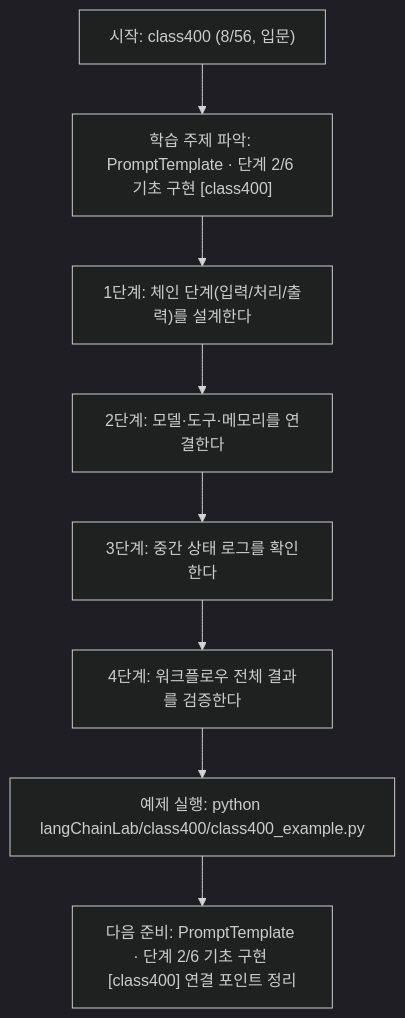
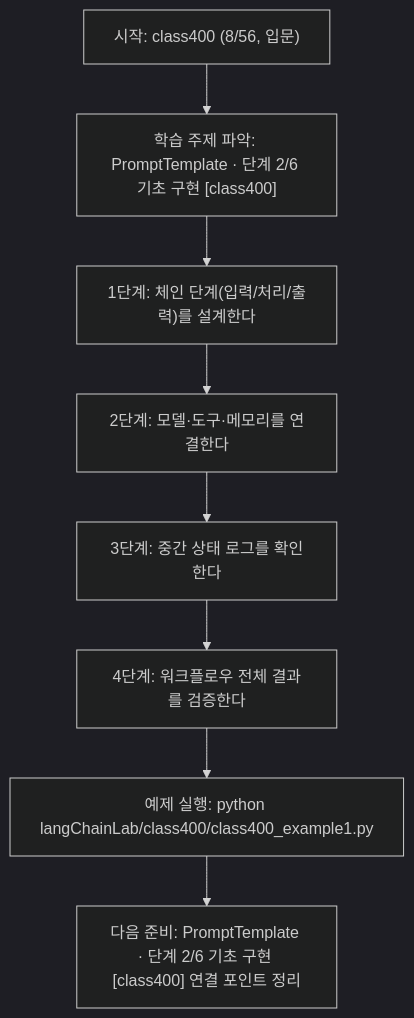
One commit to edumgt/Python-AI_Agent-Class changed the diagram in langChainLab/class400/class400.md. Above: the diagram before and after it, drawn with Mermaid (dark theme). The commit also changed other lines of this file and 2959 other files, not shown here.

````diff
--- a/langChainLab/class400/class400.md
+++ b/langChainLab/class400/class400.md
@@ -108,18 +108,18 @@
 ```mermaid
 flowchart TD
 N1["시작: class400 (8/56, 입문)"]
 N2["학습 주제 파악: PromptTemplate · 단계 2/6 기초 구현 [class400]"]
 N3["1단계: 체인 단계(입력/처리/출력)를 설계한다"]
 N4["2단계: 모델·도구·메모리를 연결한다"]
 N5["3단계: 중간 상태 로그를 확인한다"]
 N6["4단계: 워크플로우 전체 결과를 검증한다"]
-N7["예제 실행: python langChainLab/class400/class400_example.py"]
+N7["예제 실행: python langChainLab/class400/class400_example1.py"]
 N8["다음 준비: PromptTemplate · 단계 2/6 기초 구현 [class400] 연결 포인트 정리"]
 N1 --> N2
 N2 --> N3
 N3 --> N4
 N4 --> N5
 N5 --> N6
 N6 --> N7
 N7 --> N8
 ```
````
